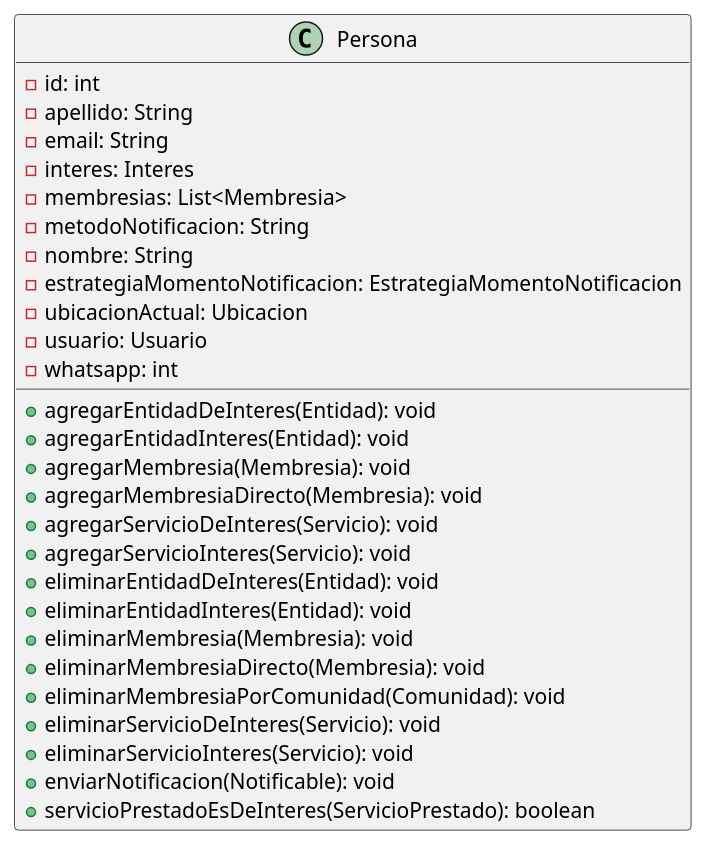
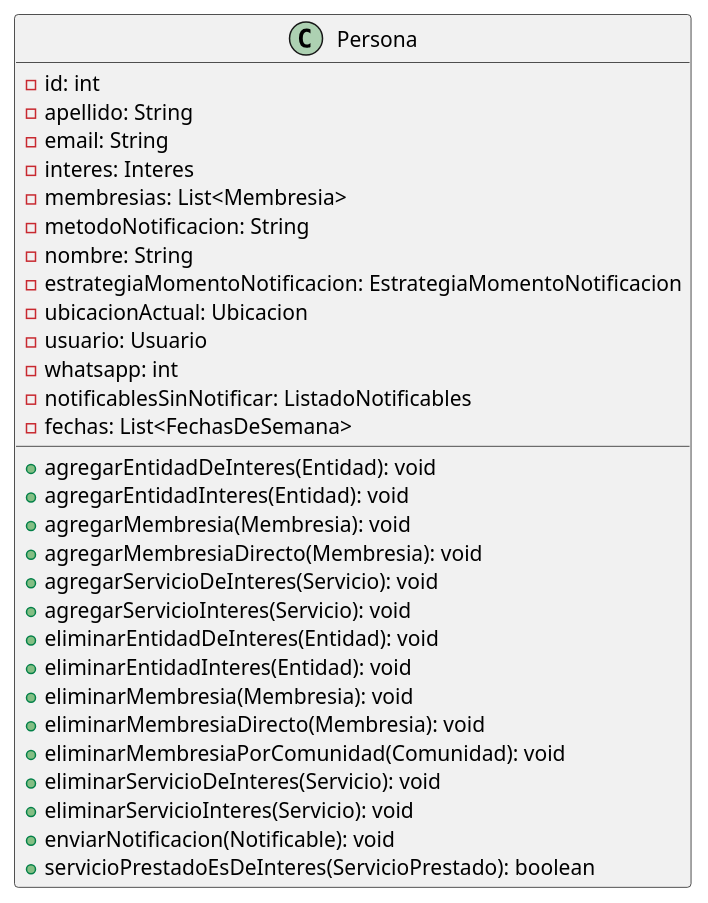
One commit to mbertogliati/dds-tpa changed the diagram in main-project/DC/E3/domain/comunidades/Persona.puml. Above: the diagram before and after it, drawn with PlantUML. The commit also changed 2 other files, not shown here.

```diff
--- a/main-project/DC/E3/domain/comunidades/Persona.puml
+++ b/main-project/DC/E3/domain/comunidades/Persona.puml
@@ -1,36 +1,38 @@
 @startuml
 'https://plantuml.com/class-diagram
 
 skinparam linetype ortho
 
 
 class Persona {
   - id: int
   - apellido: String
   - email: String
   - interes: Interes
   - membresias: List<Membresia>
   - metodoNotificacion: String
   - nombre: String
   - estrategiaMomentoNotificacion: EstrategiaMomentoNotificacion
   - ubicacionActual: Ubicacion
   - usuario: Usuario
   - whatsapp: int
+  -notificablesSinNotificar: ListadoNotificables
+  -fechas: List<FechasDeSemana>
 
   + agregarEntidadDeInteres(Entidad): void
   + agregarEntidadInteres(Entidad): void
   + agregarMembresia(Membresia): void
   + agregarMembresiaDirecto(Membresia): void
   + agregarServicioDeInteres(Servicio): void
   + agregarServicioInteres(Servicio): void
   + eliminarEntidadDeInteres(Entidad): void
   + eliminarEntidadInteres(Entidad): void
   + eliminarMembresia(Membresia): void
   + eliminarMembresiaDirecto(Membresia): void
   + eliminarMembresiaPorComunidad(Comunidad): void
   + eliminarServicioDeInteres(Servicio): void
   + eliminarServicioInteres(Servicio): void
   + enviarNotificacion(Notificable): void
   + servicioPrestadoEsDeInteres(ServicioPrestado): boolean
   }
 @enduml
```
